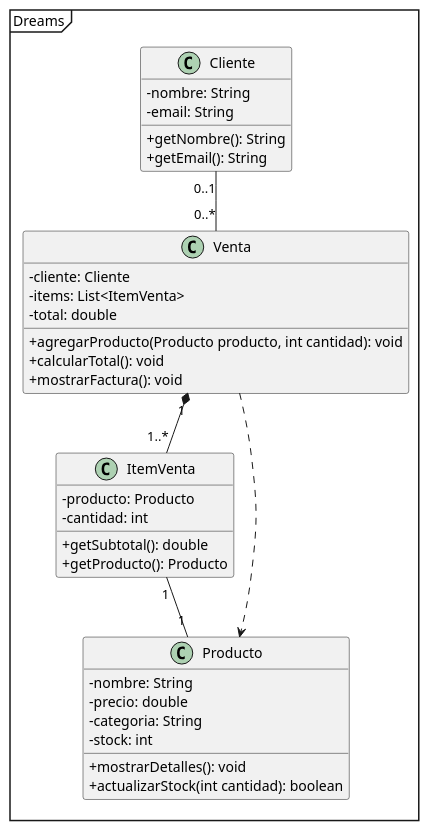
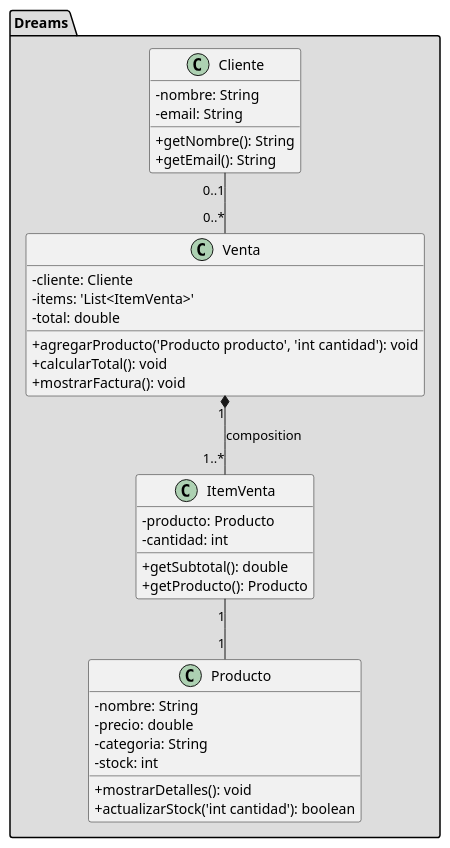
One commit to jefecame/dreams changed the diagram in docs/diagrams/src/dreams.wsd. Above: the diagram before and after it, drawn with PlantUML.

```diff
--- a/docs/diagrams/src/dreams.wsd
+++ b/docs/diagrams/src/dreams.wsd
@@ -1,44 +1,47 @@
 @startuml dreams
 'left to right direction
 skinparam classAttributeIconSize 0
 
-Mainframe Dreams
+package Dreams #DDDDDD {
 
-class Cliente {
-  - nombre: String
-  - email: String
-  + getNombre(): String
-  + getEmail(): String
-}
+    class Cliente {
+    - nombre: String
+    - email: String
+    + getNombre(): String
+    + getEmail(): String
+    }
 
-class Venta {
-  - cliente: Cliente
-  - items: List<ItemVenta>
-  - total: double
-  + agregarProducto(Producto producto, int cantidad): void
-  + calcularTotal(): void
-  + mostrarFactura(): void
-}
+    class Venta {
+    - cliente: Cliente
+    - items: 'List<ItemVenta>'
+    - total: double
+    + agregarProducto('Producto producto', 'int cantidad'): void
+    + calcularTotal(): void
+    + mostrarFactura(): void
+    }
 
-class ItemVenta {
-  - producto: Producto
-  - cantidad: int
-  + getSubtotal(): double
-  + getProducto(): Producto
-}
+    class ItemVenta {
+    - producto: Producto
+    - cantidad: int
+    + getSubtotal(): double
+    + getProducto(): Producto
+    }
 
-class Producto {
-  - nombre: String
-  - precio: double
-  - categoria: String
-  - stock: int
-  + mostrarDetalles(): void
-  + actualizarStock(int cantidad): boolean
+    class Producto {
+    - nombre: String
+    - precio: double
+    - categoria: String
+    - stock: int
+    + mostrarDetalles(): void
+    + actualizarStock('int cantidad'): boolean
+    }
+
 }
 
 Cliente "0..1" -- "0..*" Venta
-Venta "1" *-- "1..*" ItemVenta
+Venta "1" *-- "1..*" ItemVenta : composition
 ItemVenta "1" -- "1" Producto
-Venta ..> Producto
+
+
 
 @enduml
```
